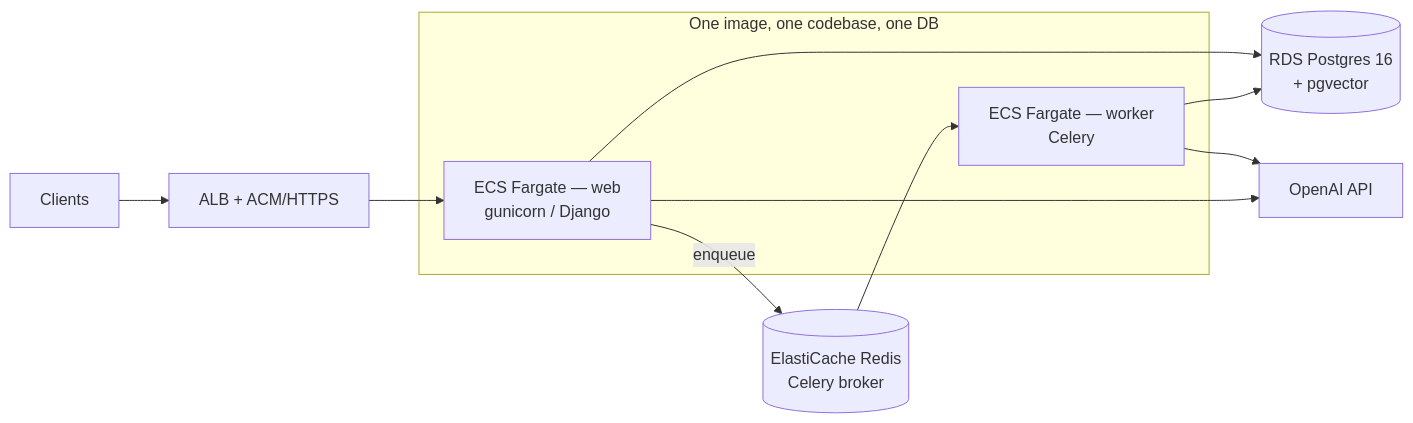
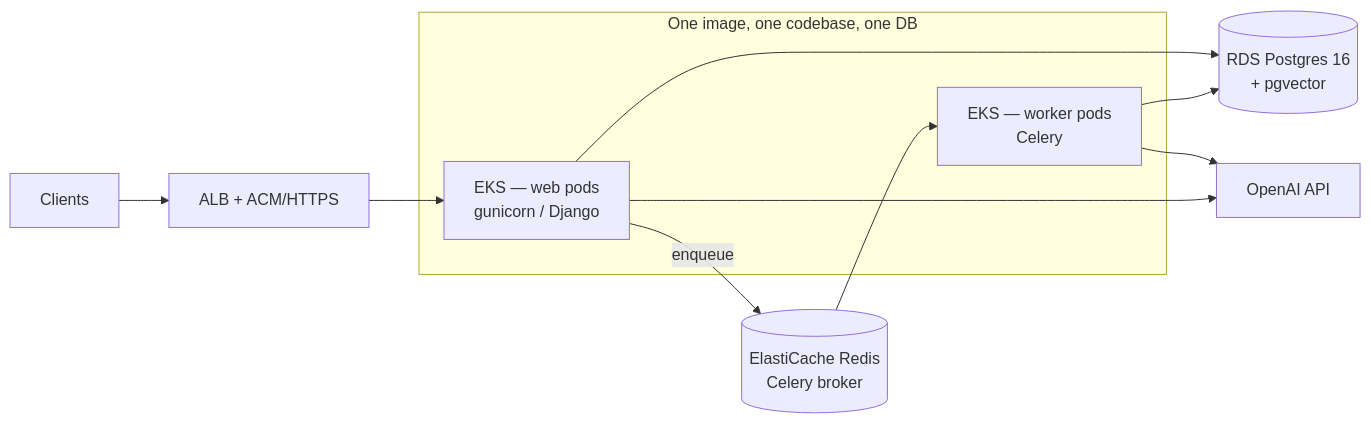
Before and after one commit to uditaditya-tech/frikkinwave-backend: the first of 6 diagrams in MICROSERVICES.md, drawn with Mermaid. The commit also changed other lines of this file and 29 other files, not shown here.

````diff
--- a/MICROSERVICES.md
+++ b/MICROSERVICES.md
@@ -36,16 +36,16 @@
 ```mermaid
 flowchart LR
     C[Clients] --> ALB[ALB + ACM/HTTPS]
-    ALB --> WEB["ECS Fargate — web<br/>gunicorn / Django"]
+    ALB --> WEB["EKS — web pods<br/>gunicorn / Django"]
     WEB --> PG[("RDS Postgres 16<br/>+ pgvector")]
     WEB -- enqueue --> R[(ElastiCache Redis<br/>Celery broker)]
-    R --> WKR["ECS Fargate — worker<br/>Celery"]
+    R --> WKR["EKS — worker pods<br/>Celery"]
     WKR --> PG
     WKR --> OAI[OpenAI API]
     WEB --> OAI
 
     subgraph MONO["One image, one codebase, one DB"]
       WEB
       WKR
     end
 ```
````
